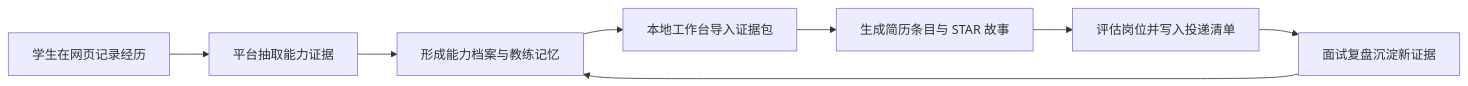
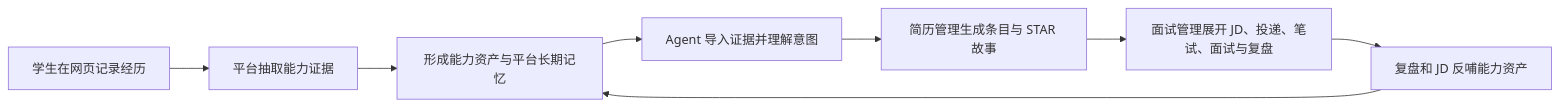
The first of 4 diagrams in docs/PRODUCT_DESIGN_V0.1.md (XN-289/Get-Yourself), drawn with Mermaid before and after one commit. The commit also changed other lines of this file and 3 other files, not shown here.

````diff
--- a/docs/PRODUCT_DESIGN_V0.1.md
+++ b/docs/PRODUCT_DESIGN_V0.1.md
@@ -24,10 +25,10 @@
 ```mermaid
 flowchart LR
   A[学生在网页记录经历] --> B[平台抽取能力证据]
-  B --> C[形成能力档案与教练记忆]
-  C --> D[本地工作台导入证据包]
-  D --> E[生成简历条目与 STAR 故事]
-  E --> F[评估岗位并写入投递清单]
-  F --> G[面试复盘沉淀新证据]
+  B --> C[形成能力资产与平台长期记忆]
+  C --> D[Agent 导入证据并理解意图]
+  D --> E[简历管理生成条目与 STAR 故事]
+  E --> F[面试管理展开 JD、投递、笔试、面试与复盘]
+  F --> G[复盘和 JD 反哺能力资产]
   G --> C
 ```
````
